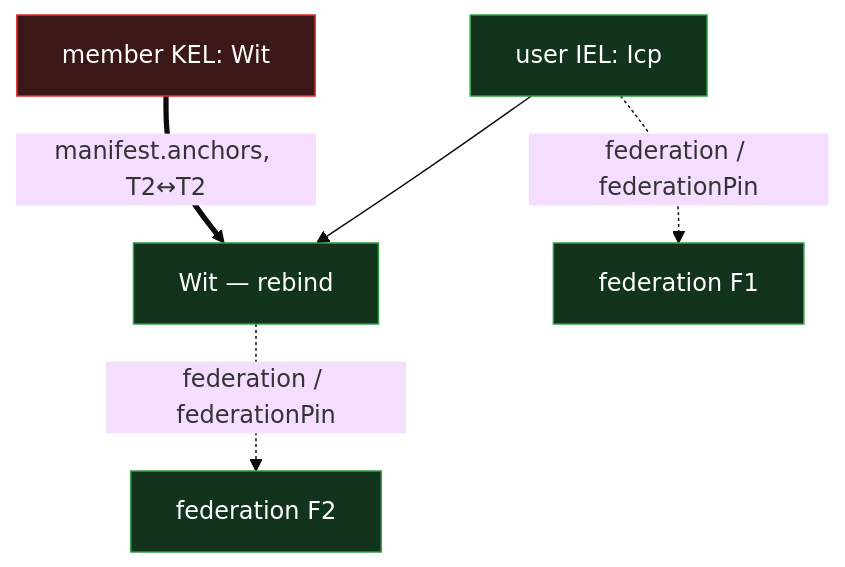
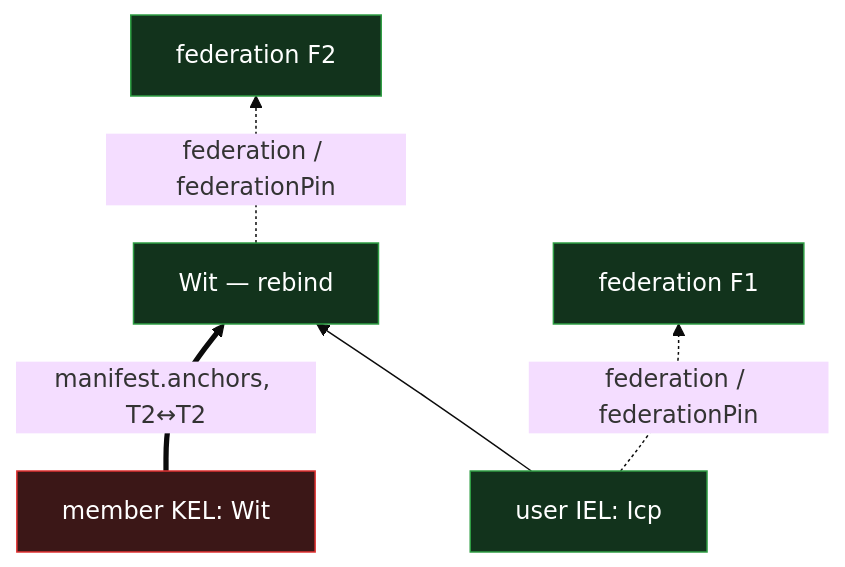
One commit to jasoncolburne/vdti changed the second of 2 diagrams in docs/design/federation/bootstrap.md. Above: the diagram before and after it, drawn with Mermaid (base theme). The commit also changed other lines of this file and 45 other files, not shown here.

````diff
--- a/docs/design/federation/bootstrap.md
+++ b/docs/design/federation/bootstrap.md
@@ -38,12 +38,12 @@
 ```mermaid
-flowchart TB
+flowchart BT
   uIcp["user IEL: Icp"]:::iel --> uWit["Wit — rebind"]:::iel
   kWit["member KEL: Wit"]:::kel
   F1["federation F1"]:::iel
   F2["federation F2"]:::iel
   uIcp -.->|federation / federationPin| F1
   uWit -.->|federation / federationPin| F2
   kWit ==>|manifest.anchors, T2↔T2| uWit
   classDef kel fill:#3b1717,stroke:#e03131,color:#fff
   classDef iel fill:#12331c,stroke:#2f9e44,color:#fff
 ```
````
